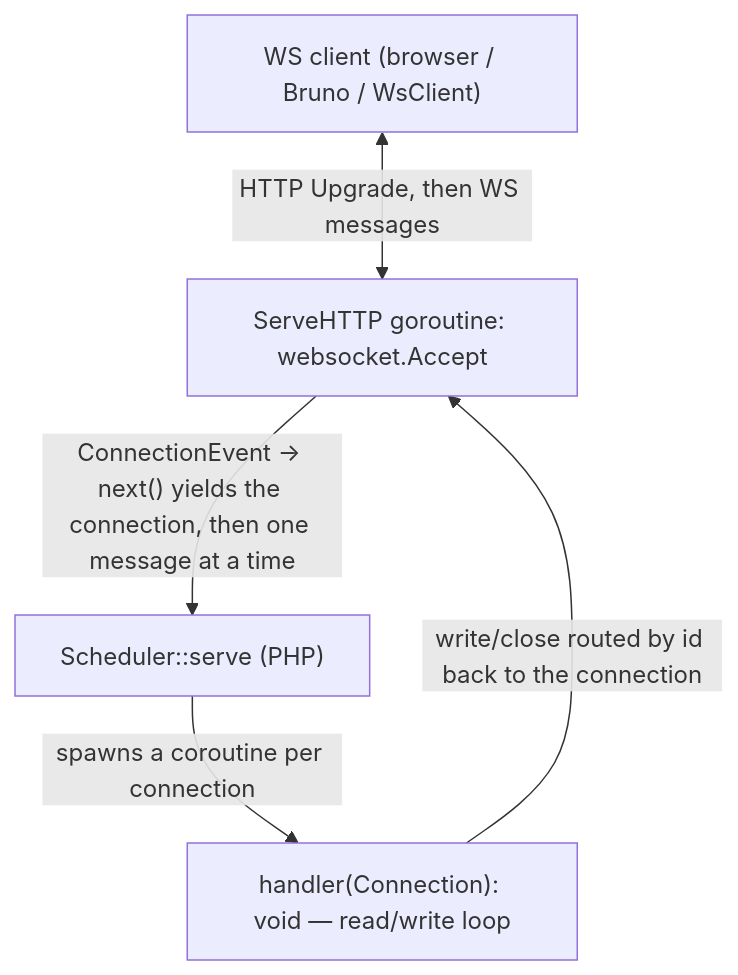
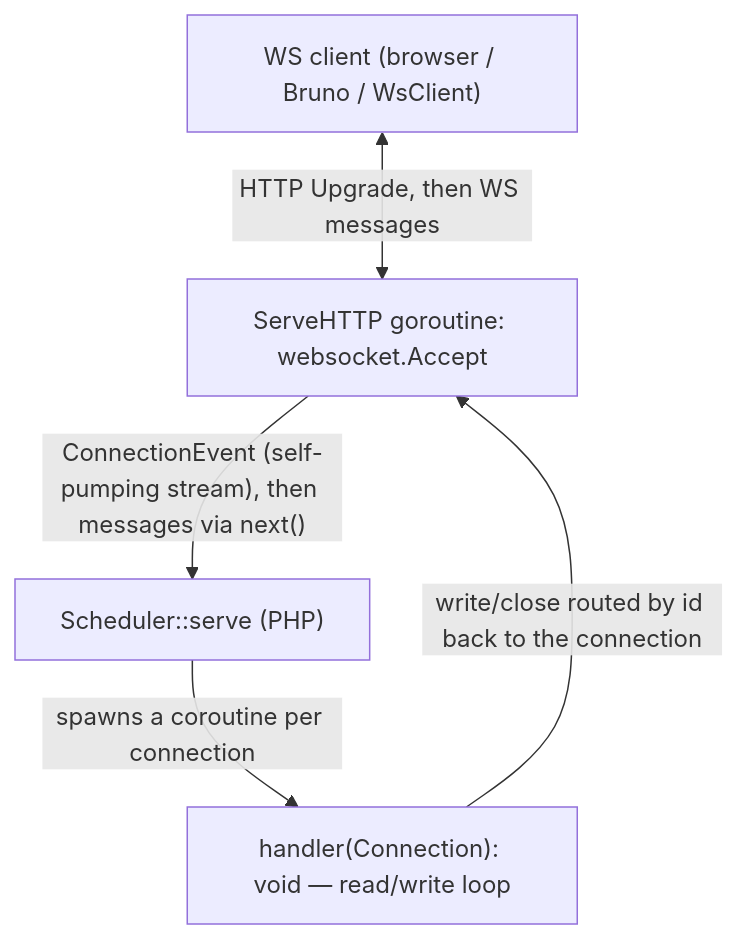
The diagram in docs/websocket-server.md (sprust/sconcur), drawn with Mermaid before and after one commit. The commit also changed 12 other files, not shown here.

````diff
--- a/docs/websocket-server.md
+++ b/docs/websocket-server.md
@@ -22,12 +22,12 @@
 ```mermaid
 flowchart TB
     client["WS client (browser / Bruno / WsClient)"]
     serve["ServeHTTP goroutine: websocket.Accept"]
     sched["Scheduler::serve (PHP)"]
     handler["handler(Connection): void — read/write loop"]
 
     client <-->|"HTTP Upgrade, then WS messages"| serve
-    serve -->|"ConnectionEvent → next() yields the connection, then one message at a time"| sched
+    serve -->|"ConnectionEvent (self-pumping stream), then messages via next()"| sched
     sched -->|"spawns a coroutine per connection"| handler
     handler -->|"write/close routed by id back to the connection"| serve
 ```
````
